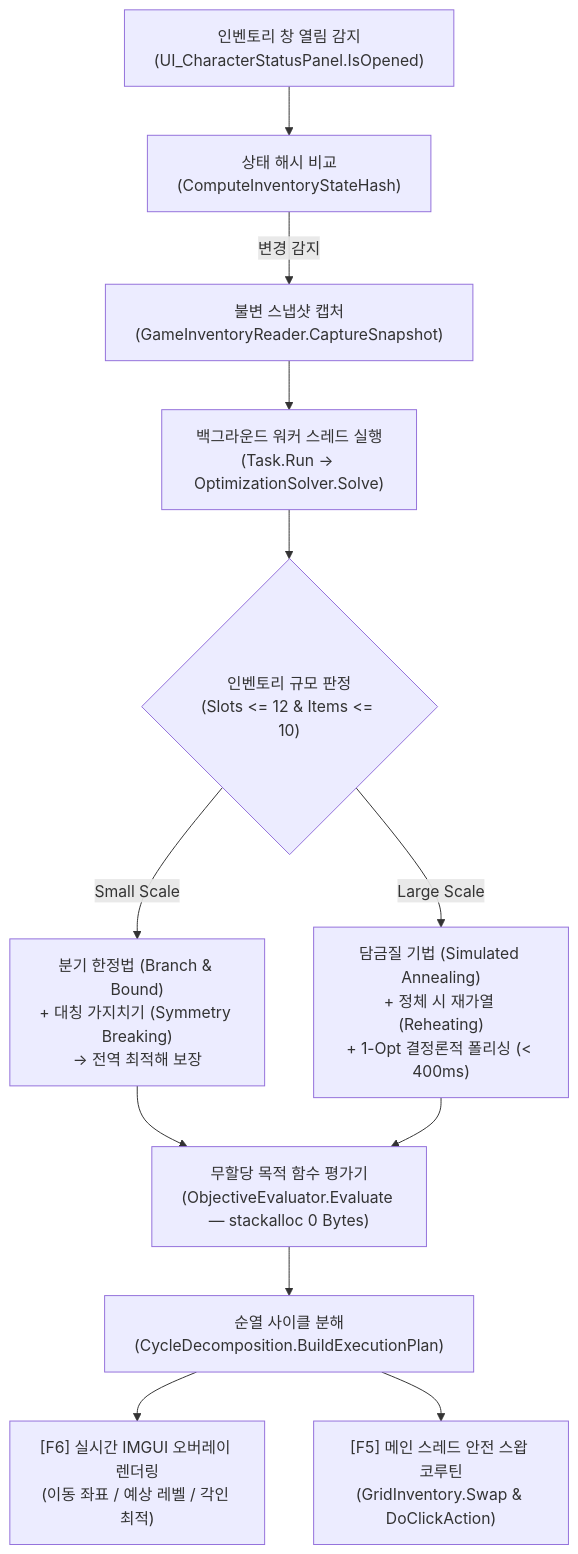
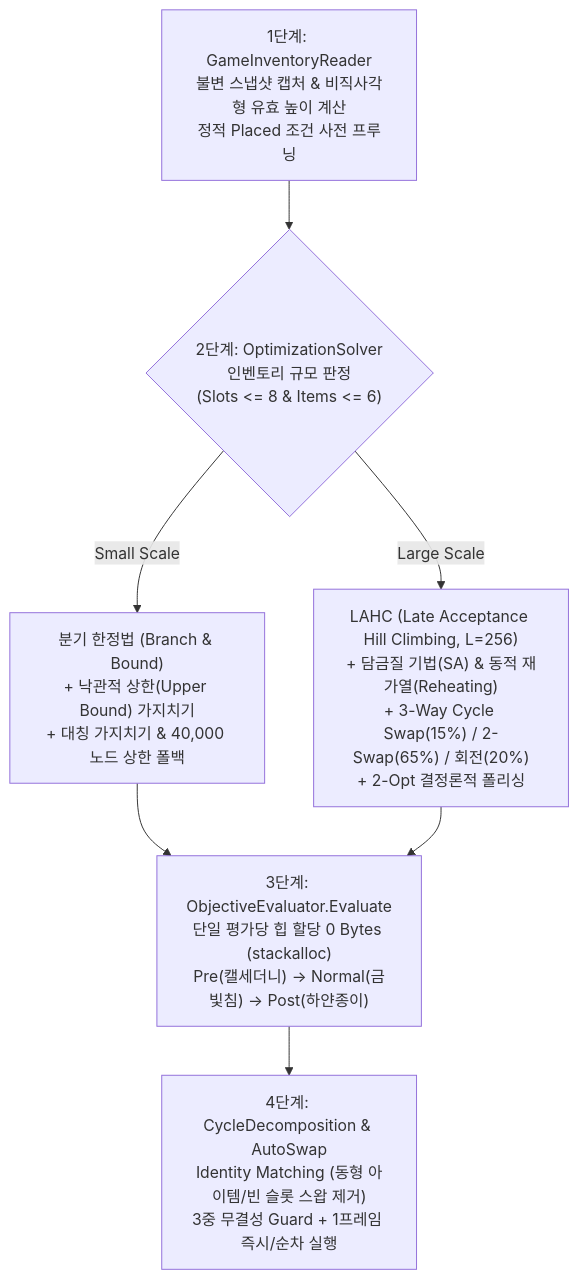
The second of 2 diagrams in README.md (lij0825/SephiriaOptimizer), drawn with Mermaid before and after one commit. The commit also changed other lines of this file and 9 other files, not shown here.

````diff
--- a/README.md
+++ b/README.md
@@ -252,14 +241,9 @@
 ```mermaid
 flowchart TD
-    A["인벤토리 창 열림 감지\n(UI_CharacterStatusPanel.IsOpened)"] --> B["상태 해시 비교\n(ComputeInventoryStateHash)"]
-    B -->|"변경 감지"| C["불변 스냅샷 캡처\n(GameInventoryReader.CaptureSnapshot)"]
-    C --> D["백그라운드 워커 스레드 실행\n(Task.Run -> OptimizationSolver.Solve)"]
-    D --> E{"인벤토리 규모 판정\n(Slots <= 12 & Items <= 10)"}
-    E -->|"Small Scale"| F["분기 한정법 (Branch & Bound)\n+ 대칭 가지치기 (Symmetry Breaking)\n→ 전역 최적해 보장"]
-    E -->|"Large Scale"| G["담금질 기법 (Simulated Annealing)\n+ 정체 시 재가열 (Reheating)\n+ 1-Opt 결정론적 폴리싱 (< 400ms)"]
-    F --> H["무할당 목적 함수 평가기\n(ObjectiveEvaluator.Evaluate — stackalloc 0 Bytes)"]
-    G --> H
-    H --> I["순열 사이클 분해\n(CycleDecomposition.BuildExecutionPlan)"]
-    I --> J["[F6] 실시간 IMGUI 오버레이 렌더링\n(이동 좌표 / 예상 레벨 / 각인 최적)"]
-    I --> K["[F5] 메인 스레드 안전 스왑 코루틴\n(GridInventory.Swap & DoClickAction)"]
+    A["1단계: GameInventoryReader\n불변 스냅샷 캡처 & 비직사각형 유효 높이 계산\n정적 Placed 조건 사전 프루닝"] --> B{"2단계: OptimizationSolver\n인벤토리 규모 판정\n(Slots <= 8 & Items <= 6)"}
+    B -->|"Small Scale"| C["분기 한정법 (Branch & Bound)\n+ 낙관적 상한(Upper Bound) 가지치기\n+ 대칭 가지치기 & 40,000 노드 상한 폴백"]
+    B -->|"Large Scale"| D["LAHC (Late Acceptance Hill Climbing, L=256)\n+ 담금질 기법(SA) & 동적 재가열(Reheating)\n+ 3-Way Cycle Swap(15%) / 2-Swap(65%) / 회전(20%)\n+ 2-Opt 결정론적 폴리싱"]
+    C --> E["3단계: ObjectiveEvaluator.Evaluate\n단일 평가당 힙 할당 0 Bytes (stackalloc)\nPre(캘세더니) -> Normal(금빛침) -> Post(하얀종이)"]
+    D --> E
+    E --> F["4단계: CycleDecomposition & AutoSwap\nIdentity Matching (동형 아이템/빈 슬롯 스왑 제거)\n3중 무결성 Guard + 1프레임 즉시/순차 실행"]
 ```
````
